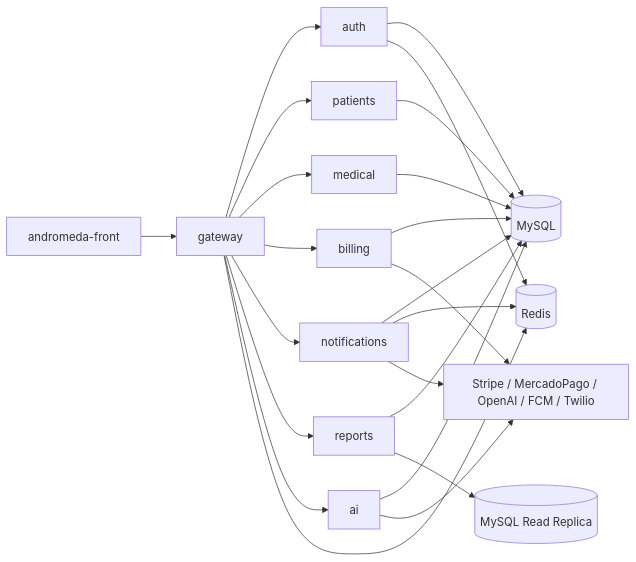
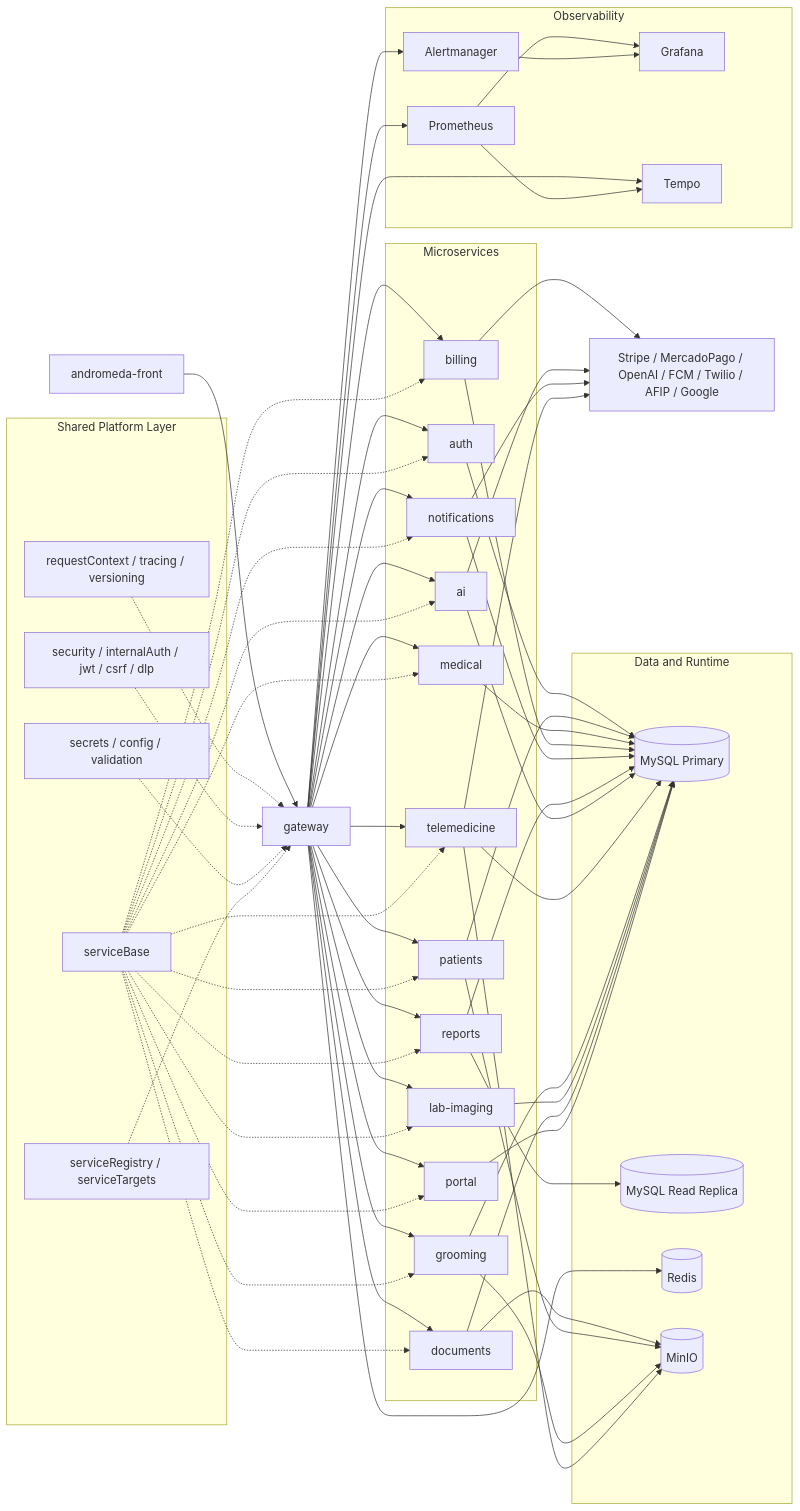
The diagram in docs/architecture.md (proyectoandromedavet-droid/veterinaria), drawn with Mermaid before and after one commit. The commit also changed other lines of this file and 343 other files, not shown here.

````diff
--- a/docs/architecture.md
+++ b/docs/architecture.md
@@ -10,17 +10,45 @@
 flowchart LR
   FE[andromeda-front]
   GW[gateway]
-  AU[auth]
-  PA[patients]
-  ME[medical]
-  BI[billing]
-  NO[notifications]
-  RE[reports]
-  AI[ai]
-  DB[(MySQL)]
-  RR[(MySQL Read Replica)]
-  RD[(Redis)]
-  EXT[Stripe / MercadoPago / OpenAI / FCM / Twilio]
+
+  subgraph Services[Microservices]
+    AU[auth]
+    PA[patients]
+    ME[medical]
+    BI[billing]
+    NO[notifications]
+    RE[reports]
+    AI[ai]
+    TE[telemedicine]
+    GR[grooming]
+    LA[lab-imaging]
+    DO[documents]
+    PO[portal]
+  end
+
+  subgraph Shared[Shared Platform Layer]
+    SB[serviceBase]
+    RT[requestContext / tracing / versioning]
+    SC[security / internalAuth / jwt / csrf / dlp]
+    SE[secrets / config / validation]
+    SG[serviceRegistry / serviceTargets]
+  end
+
+  subgraph Data[Data and Runtime]
+    DB[(MySQL Primary)]
+    RR[(MySQL Read Replica)]
+    RD[(Redis)]
+    MI[(MinIO)]
+  end
+
+  subgraph Obs[Observability]
+    PR[Prometheus]
+    GRF[Grafana]
+    TP[Tempo]
+    AM[Alertmanager]
+  end
+
+  EXT[Stripe / MercadoPago / OpenAI / FCM / Twilio / AFIP / Google]
 
   FE --> GW
   GW --> AU
@@ -30,6 +58,15 @@
   GW --> NO
   GW --> RE
   GW --> AI
+  GW --> TE
+  GW --> GR
+  GW --> LA
+  GW --> DO
+  GW --> PO
+
+  GW --> PR
+  GW --> TP
+  GW --> RD
 
   AU --> DB
   PA --> DB
@@ -39,12 +76,42 @@
   RE --> DB
   RE --> RR
   AI --> DB
+  TE --> DB
+  GR --> DB
+  LA --> DB
+  DO --> DB
+  PO --> DB
 
-  GW --> RD
-  AU --> RD
-  NO --> RD
+  DO --> MI
+  PA --> MI
+  GR --> MI
+  TE --> MI
 
   BI --> EXT
   AI --> EXT
   NO --> EXT
+  TE --> EXT
+
+  SB -.-> AU
+  SB -.-> PA
+  SB -.-> ME
+  SB -.-> BI
+  SB -.-> NO
+  SB -.-> RE
+  SB -.-> AI
+  SB -.-> TE
+  SB -.-> GR
+  SB -.-> LA
+  SB -.-> DO
+  SB -.-> PO
+
+  RT -.-> GW
+  SC -.-> GW
+  SE -.-> GW
+  SG -.-> GW
+
+  GW --> AM
+  PR --> GRF
+  PR --> TP
+  AM --> GRF
 ```
````
